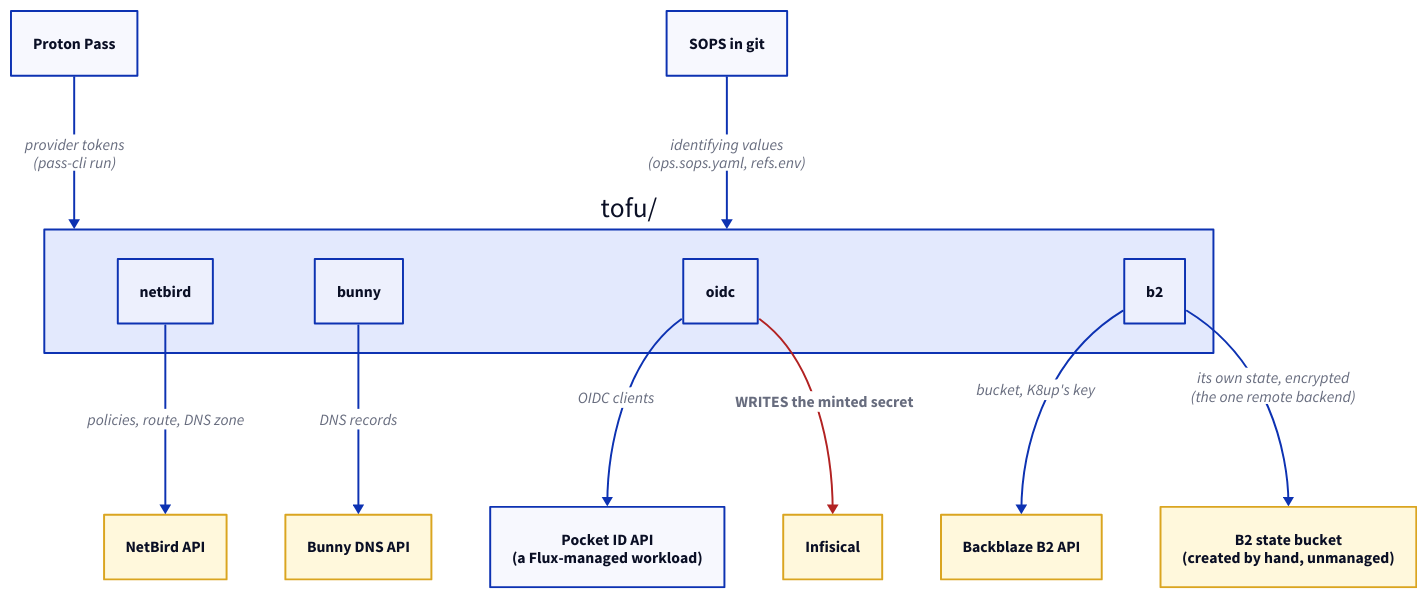
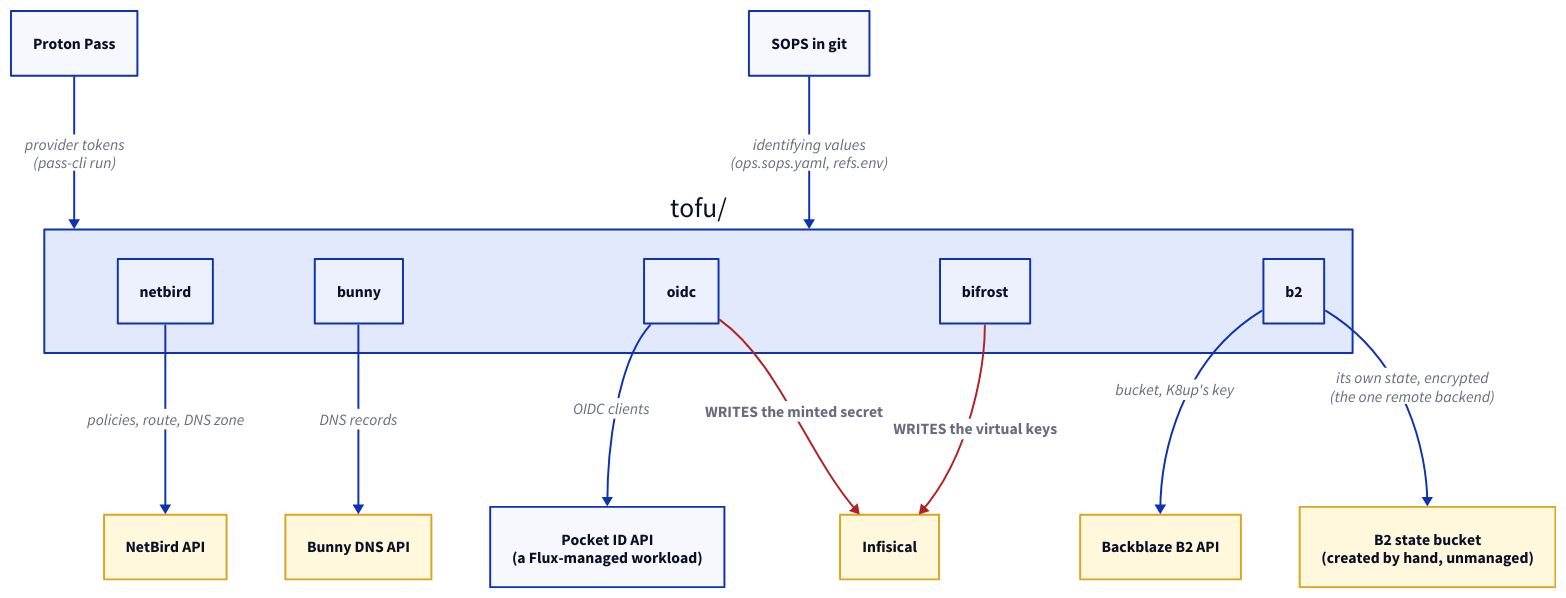
Before and after one commit to brewcoua/futhark: the diagram in docs/src/tofu/index.md, drawn with D2. The commit also changed other lines of this file and 43 other files, not shown here.

````diff
--- a/docs/src/tofu/index.md
+++ b/docs/src/tofu/index.md
@@ -130,46 +132,48 @@
 ```d2
 direction: down
 
 classes: {
   external: {
     style: {
       stroke: goldenrod
       fill: cornsilk
     }
   }
   danger: {
     style: {
       bold: true
       stroke: firebrick
     }
   }
 }
 
 pass: Proton Pass
 sops: SOPS in git
 infisical: Infisical { class: external }
 
 modules: "tofu/" {
   bunny
   oidc
   netbird
   b2
+  bifrost
 }
 
 pass -> modules: provider tokens\n(pass-cli run)
 sops -> modules: identifying values\n(ops.sops.yaml, refs.env)
 
 modules.bunny -> bunny-api: DNS records
 modules.netbird -> nb-api: policies, route, DNS zone
 modules.oidc -> pocketid: OIDC clients
 modules.b2 -> b2-api: bucket, K8up's key
 modules.b2 -> b2-state: "its own state, encrypted\n(the one remote backend)"
 
 bunny-api: Bunny DNS API { class: external }
 nb-api: NetBird API { class: external }
 pocketid: "Pocket ID API\n(a Flux-managed workload)"
 b2-api: Backblaze B2 API { class: external }
 b2-state: "B2 state bucket\n(created by hand, unmanaged)" { class: external }
 
 modules.oidc -> infisical: WRITES the minted secret { class: danger }
+modules.bifrost -> infisical: WRITES the virtual keys { class: danger }
 ```
````
